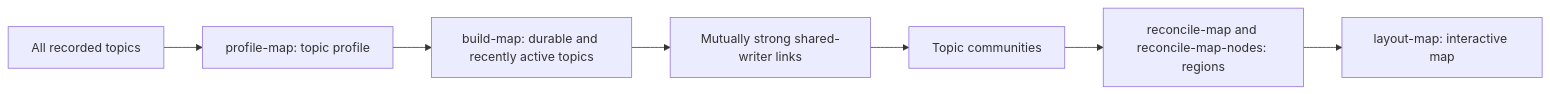
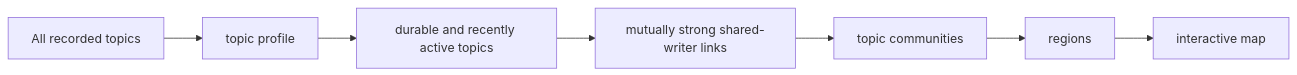
Before and after one commit to humanova/gok: the diagram in docs/map-curation.md, drawn with Mermaid. The commit also changed other lines of this file and 1 other file, not shown here.

Commit message:
update map curation docs

````diff
--- a/docs/map-curation.md
+++ b/docs/map-curation.md
@@ -11,9 +12,9 @@
 ```mermaid
 flowchart LR
-  A[All recorded topics] --> B[profile-map: topic profile]
-  B --> C[build-map: durable and recently active topics]
-  C --> D[Mutually strong shared-writer links]
-  D --> E[Topic communities]
-  E --> F[reconcile-map and reconcile-map-nodes: regions]
-  F --> G[layout-map: interactive map]
+  A[All recorded topics] --> B[topic profile]
+  B --> C[durable and recently active topics]
+  C --> D[mutually strong shared-writer links]
+  D --> E[topic communities]
+  E --> F[regions]
+  F --> G[interactive map]
 ```
````
